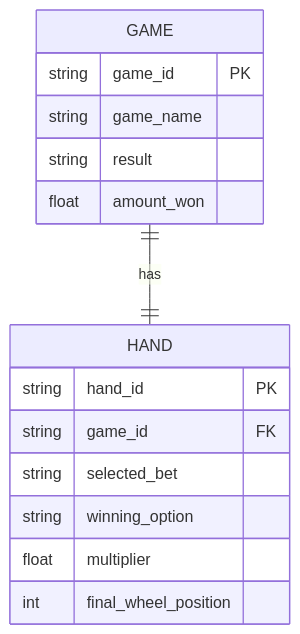
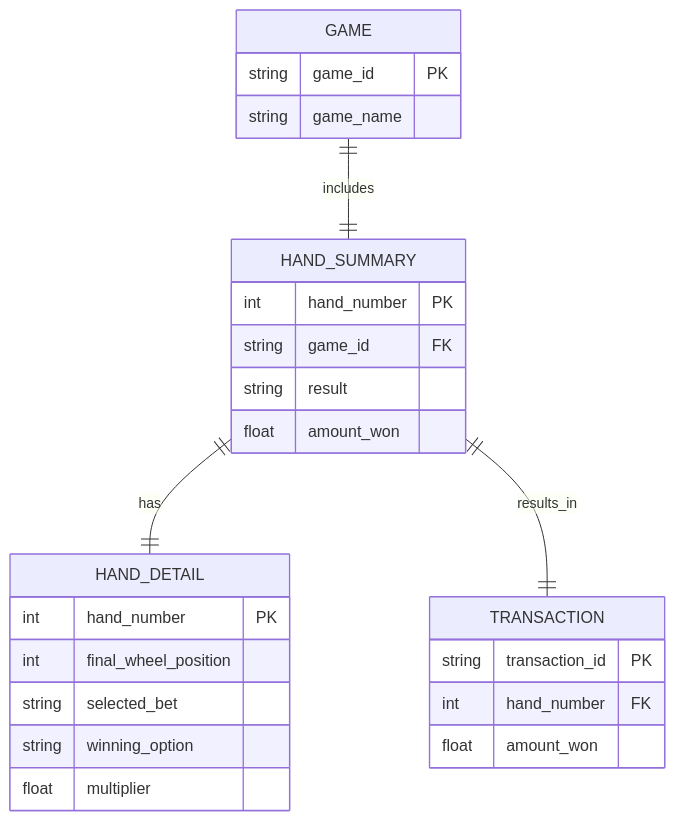
One commit to projectcauchy/ProjectCauchy changed the diagram in app-server/diagrams/bigwheel_erd.mmd. Above: the diagram before and after it, drawn with Mermaid.

Commit message:
ERD: Added hand_summary, hand_detail, and transaction

```diff
--- a/app-server/diagrams/bigwheel_erd.mmd
+++ b/app-server/diagrams/bigwheel_erd.mmd
@@ -1,18 +1,30 @@
 erDiagram
     GAME {
         string game_id PK
         string game_name
+    }
+
+    HAND_SUMMARY {
+        int hand_number PK
+        string game_id FK
         string result
         float amount_won
     }
 
-    HAND {
-    string hand_id PK
-    string game_id FK
-    string selected_bet
-    string winning_option
-    float multiplier
-    int final_wheel_position
+    HAND_DETAIL {
+        int hand_number PK
+        int final_wheel_position
+        string selected_bet
+        string winning_option
+        float multiplier
     }
 
-    GAME ||--|| HAND : has
+    TRANSACTION {
+        string transaction_id PK
+        int hand_number FK
+        float amount_won
+    }
+
+    GAME ||--|| HAND_SUMMARY : includes
+    HAND_SUMMARY ||--|| HAND_DETAIL : has
+    HAND_SUMMARY ||--|| TRANSACTION : results_in
```
